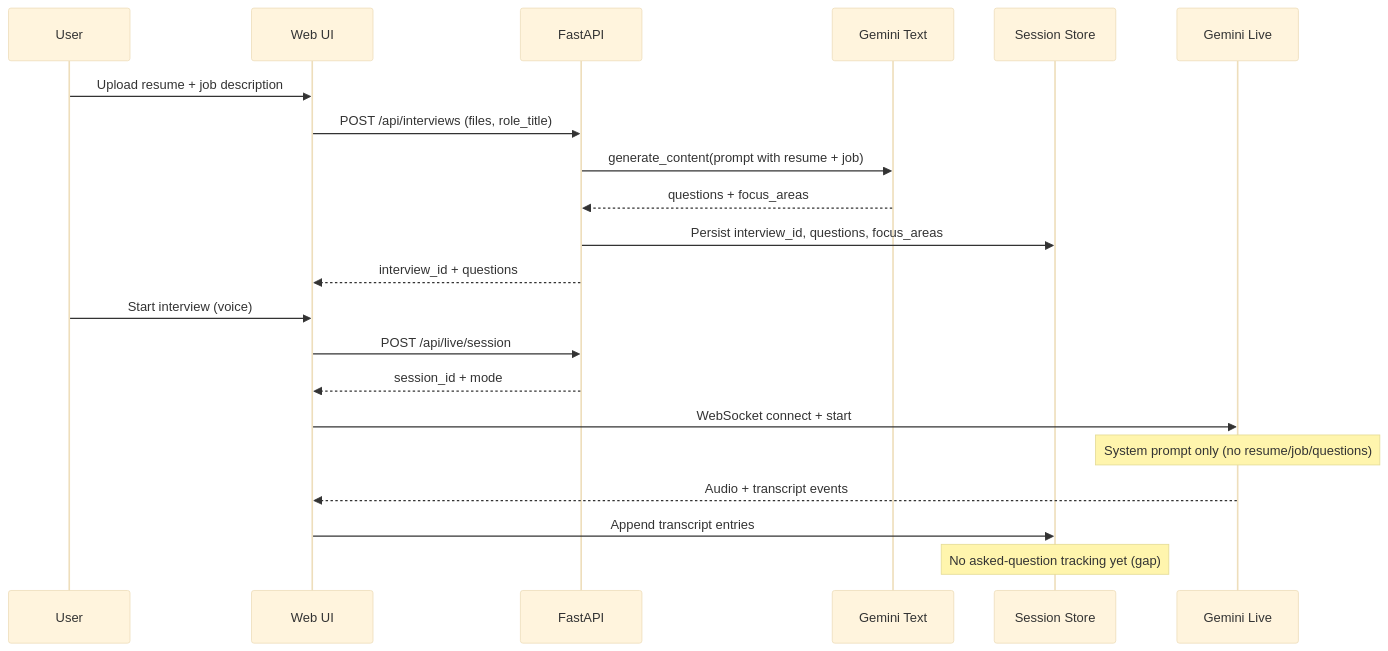
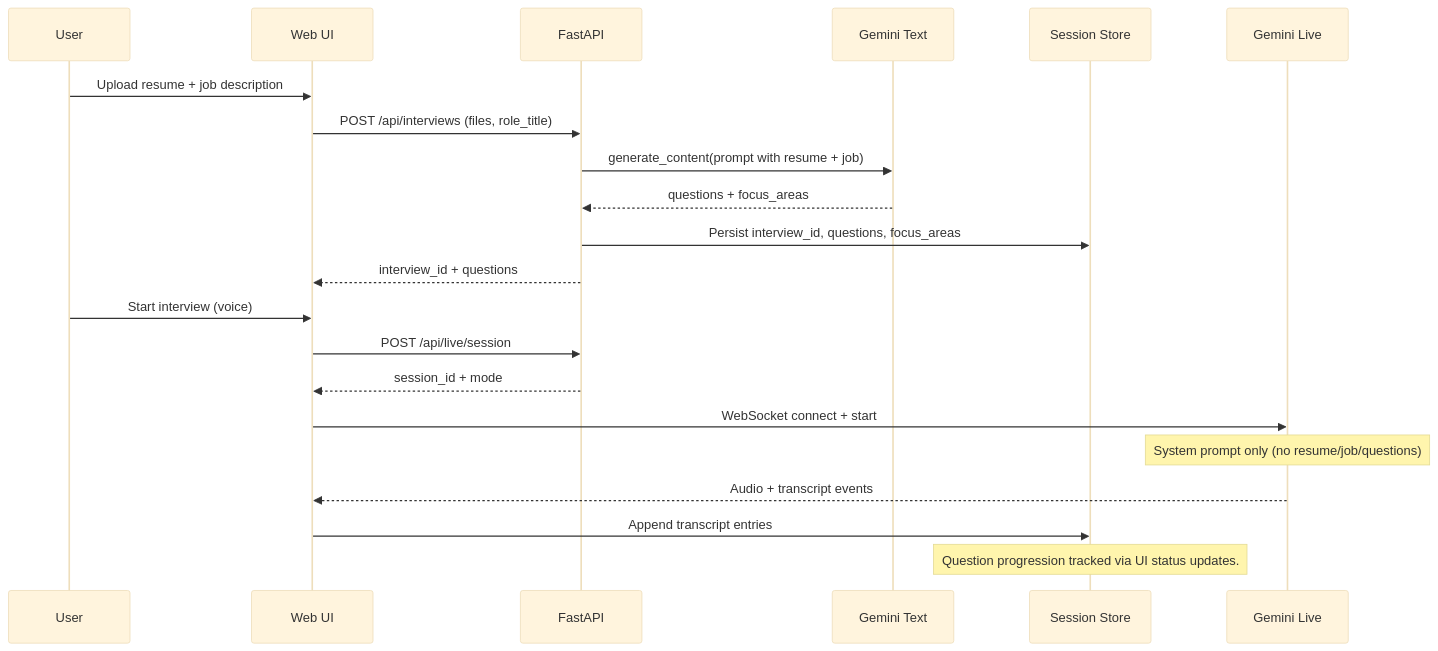
Before and after one commit to taylorparsons/PrepTalk: the diagram in docs/plans/2026-01-10-gemini-live-design.md, drawn with Mermaid (base theme). The commit also changed other lines of this file and 15 other files, not shown here.

````diff
--- a/docs/plans/2026-01-10-gemini-live-design.md
+++ b/docs/plans/2026-01-10-gemini-live-design.md
@@ -36,26 +36,26 @@
 ```mermaid
 sequenceDiagram
     participant U as User
     participant UI as Web UI
     participant API as FastAPI
     participant TXT as Gemini Text
     participant S as Session Store
     participant LIVE as Gemini Live
 
     U->>UI: Upload resume + job description
     UI->>API: POST /api/interviews (files, role_title)
     API->>TXT: generate_content(prompt with resume + job)
     TXT-->>API: questions + focus_areas
     API->>S: Persist interview_id, questions, focus_areas
     API-->>UI: interview_id + questions
 
     U->>UI: Start interview (voice)
     UI->>API: POST /api/live/session
     API-->>UI: session_id + mode
     UI->>LIVE: WebSocket connect + start
     Note over LIVE: System prompt only (no resume/job/questions)
     LIVE-->>UI: Audio + transcript events
     UI->>S: Append transcript entries
 
-    Note over S: No asked-question tracking yet (gap)
+    Note over S: Question progression tracked via UI status updates.
 ```
````
